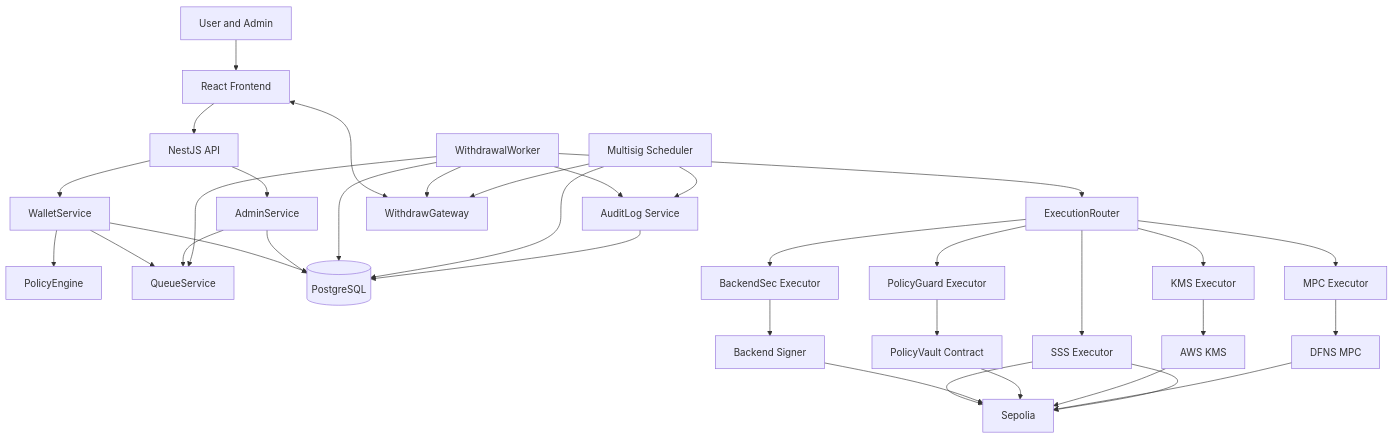
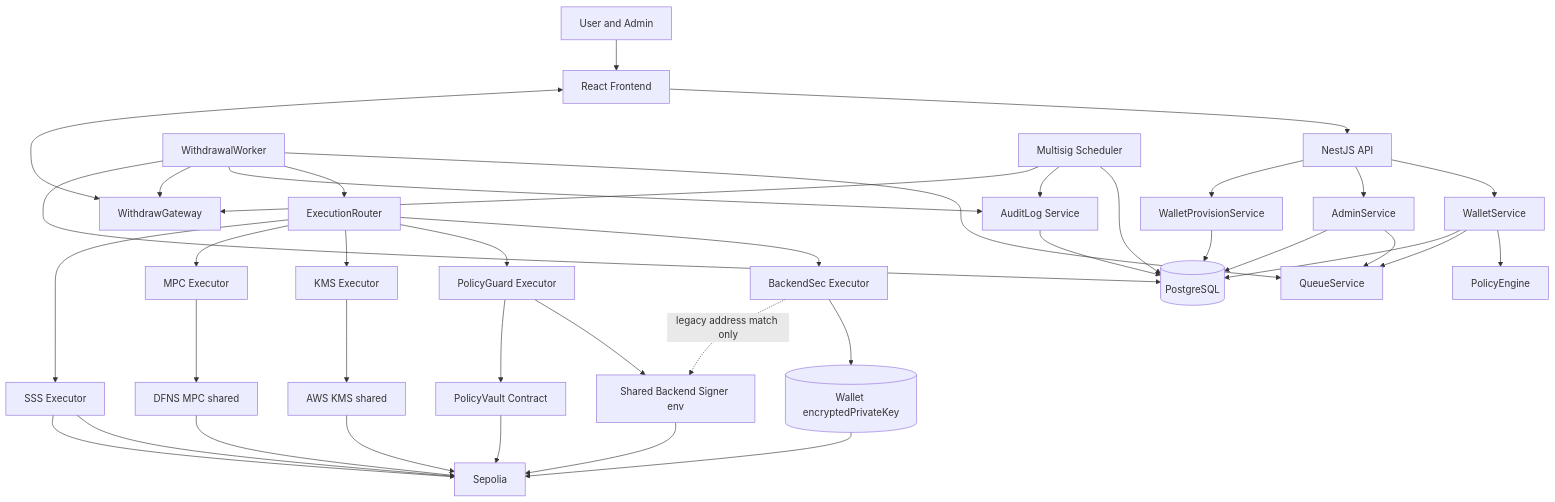
Before and after one commit to Cho-Seolmin/custody-security-wallet-demo: the first of 3 diagrams in apps/api/README.md, drawn with Mermaid. The commit also changed other lines of this file and 42 other files, not shown here.

```diff
--- a/apps/api/README.md
+++ b/apps/api/README.md
@@ -57,10 +60,12 @@
     MPC[MPC Executor]
     SSS[SSS Executor]
 
-    SIGNER[Backend Signer]
+    PROVISION[WalletProvisionService]
+    PERKEY[(Wallet encryptedPrivateKey)]
+    SIGNER[Shared Backend Signer env]
     VAULT[PolicyVault Contract]
-    AWS[AWS KMS]
-    DFNS[DFNS MPC]
+    AWS[AWS KMS shared]
+    DFNS[DFNS MPC shared]
 
     SEPOLIA[Sepolia]
 
@@ -70,6 +75,8 @@
 
     API --> WALLET
     API --> ADMIN
+    API --> PROVISION
+    PROVISION --> DB
 
     WALLET --> POLICY
     WALLET --> QUEUE
@@ -94,13 +101,15 @@
     ROUTER --> MPC
     ROUTER --> SSS
 
-    BACKEND --> SIGNER
+    BACKEND --> PERKEY
+    BACKEND -.->|legacy address match only| SIGNER
+    POLICYEX --> SIGNER
     POLICYEX --> VAULT
     KMS --> AWS
     MPC --> DFNS
     SSS --> SEPOLIA
-   
 
+    PERKEY --> SEPOLIA
     SIGNER --> SEPOLIA
     VAULT --> SEPOLIA
     AWS --> SEPOLIA
```
